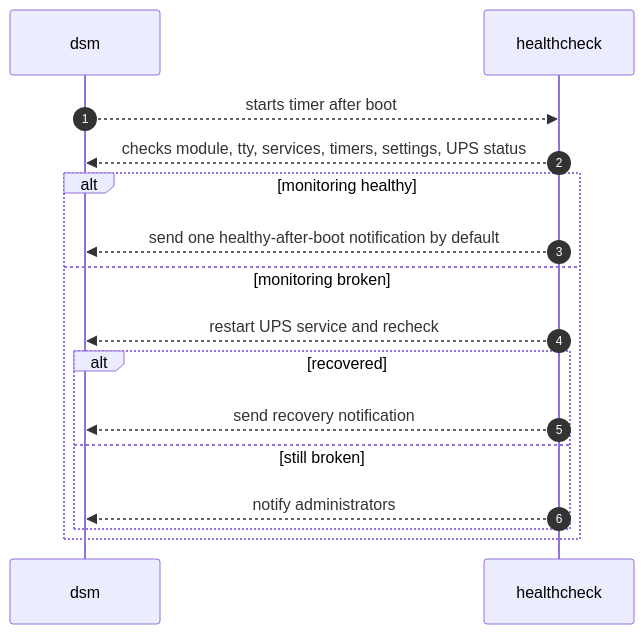
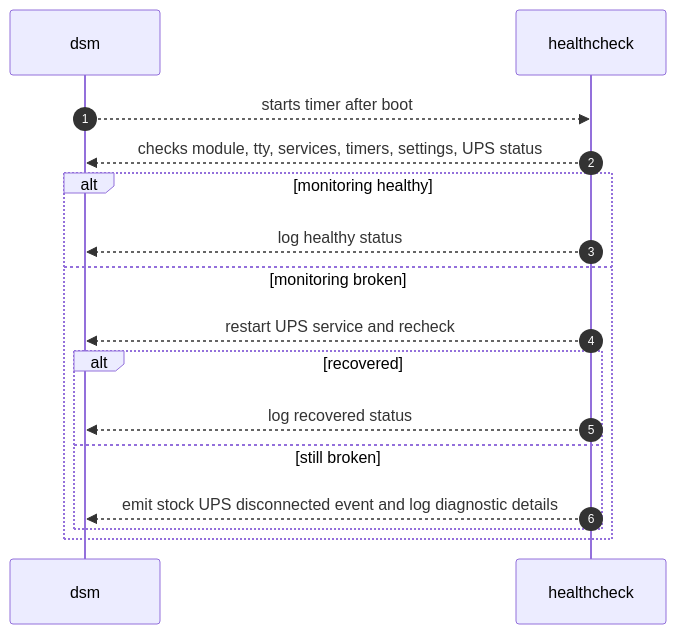
Before and after one commit to papa-vova/synology-nut-ch341-ups: the second of 2 diagrams in README.md, drawn with Mermaid. The commit also changed other lines of this file and 2 other files, not shown here.

Commit message:
Use DSM UPS events for notifications

````diff
--- a/README.md
+++ b/README.md
@@ -87,19 +88,19 @@
 ```mermaid
 sequenceDiagram
   autonumber
   participant D as dsm
   participant H as healthcheck
 
   D-->>H: starts timer after boot
   H-->>D: checks module, tty, services, timers, settings, UPS status
   alt monitoring healthy
-    H-->>D: send one healthy-after-boot notification by default
+    H-->>D: log healthy status
   else monitoring broken
     H-->>D: restart UPS service and recheck
     alt recovered
-      H-->>D: send recovery notification
+      H-->>D: log recovered status
     else still broken
-      H-->>D: notify administrators
+      H-->>D: emit stock UPS disconnected event and log diagnostic details
     end
   end
 ```
````
